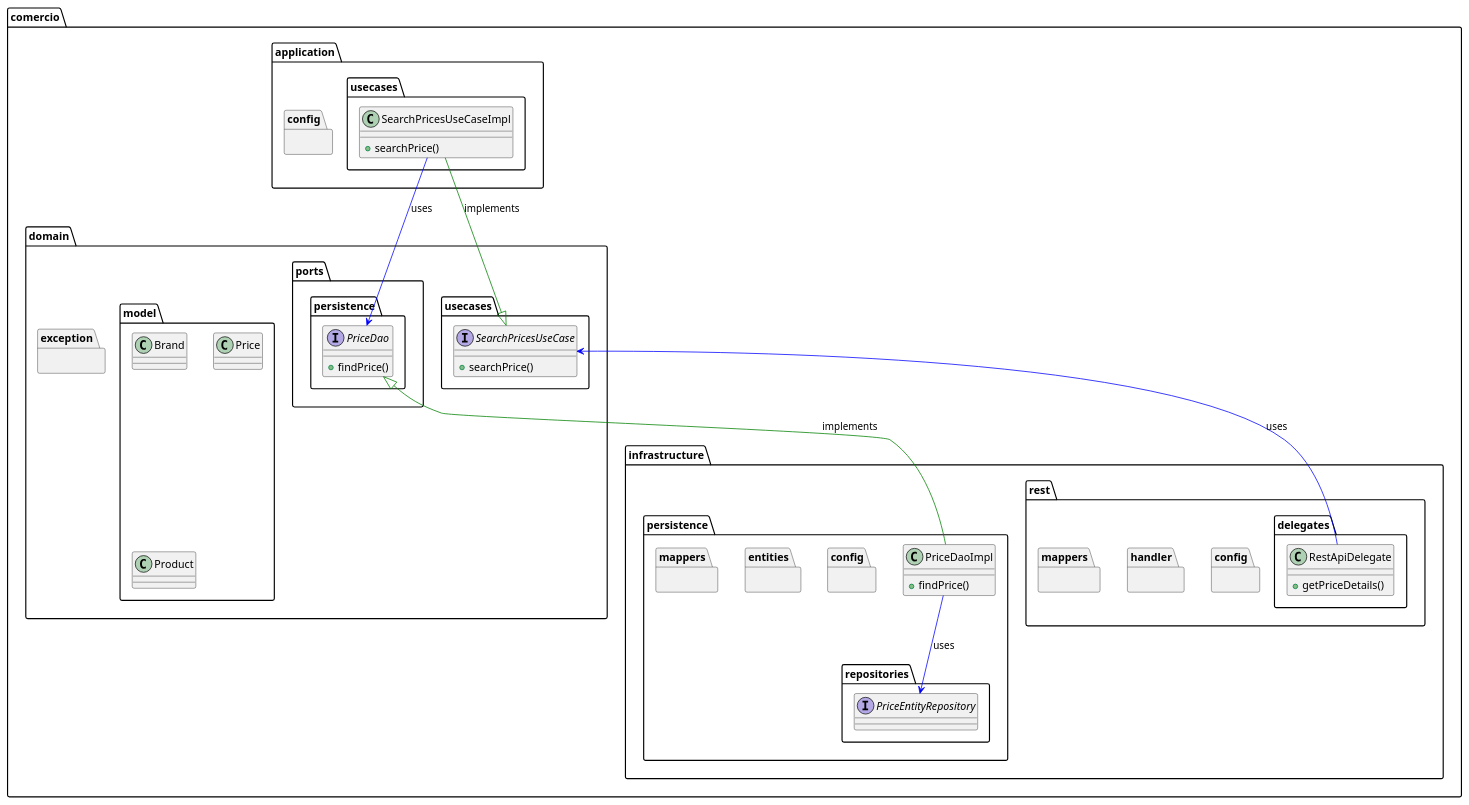
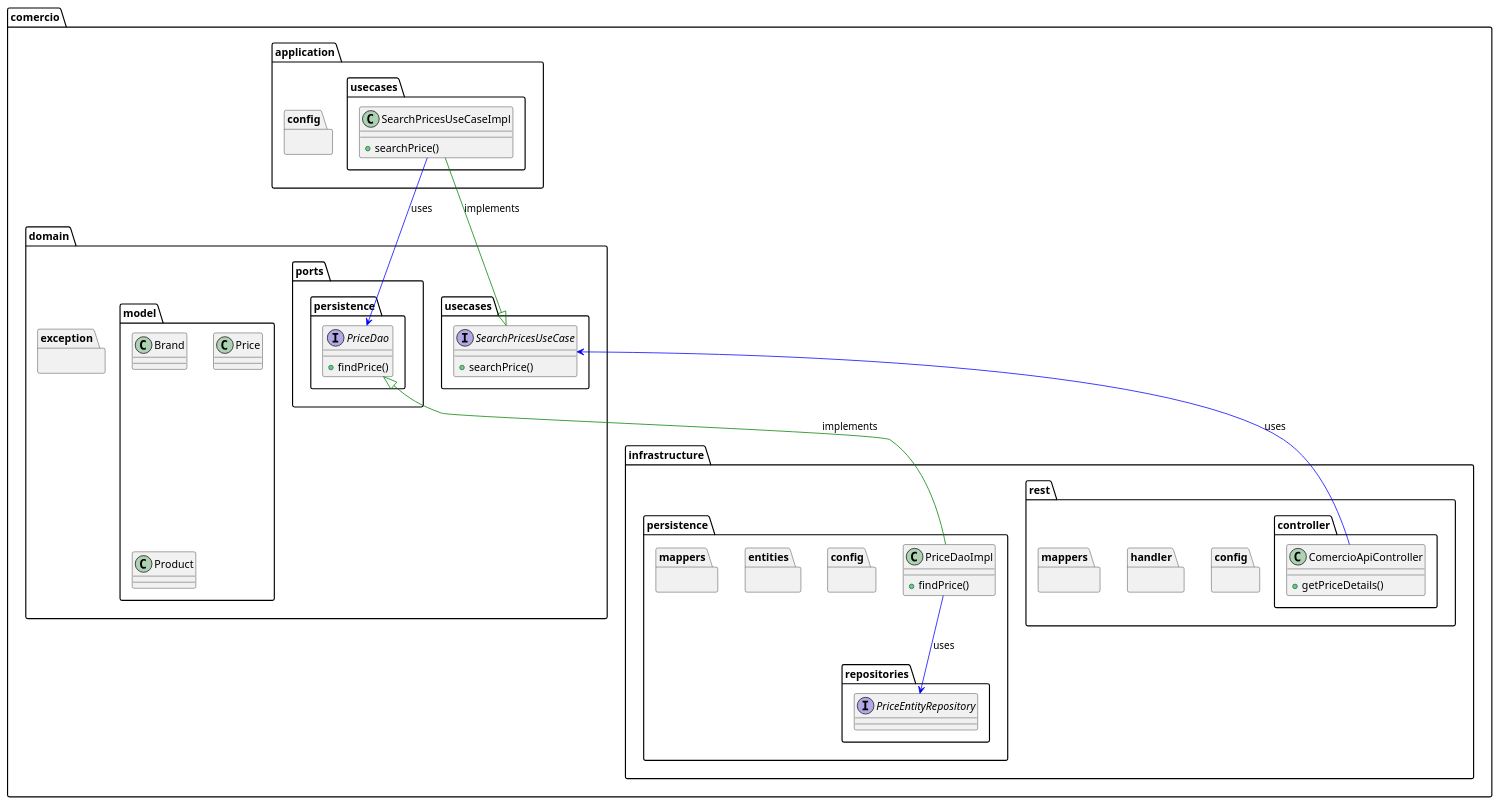
One commit to jmroldanv/comercio changed the diagram in plantuml/diagrama-clases.puml. Above: the diagram before and after it, drawn with PlantUML. The commit also changed 3 other files, not shown here.

Commit message:
diagrama-clases.puml fixed

```diff
--- a/plantuml/diagrama-clases.puml
+++ b/plantuml/diagrama-clases.puml
@@ -1,62 +1,62 @@
 @startuml
 'https://plantuml.com/class-diagram
 
 package "...comercio" {
     package "application" {
         package "config" {}
         package "usecases" {
             class SearchPricesUseCaseImpl {
                 +searchPrice()
             }
         }
     }
     package "domain" {
         package "model" {
             class Brand
             class Price
             class Product
         }
         package "exception" {}
         package "ports.persistence" {
             interface PriceDao {
                 +findPrice()
             }
         }
         package "usecases" {
             interface SearchPricesUseCase {
                 +searchPrice()
             }
         }
     }
     package "infrastructure" {
         package "persistence" {
             package "config" {}
             package "entities" {}
             package "mappers" {}
             class PriceDaoImpl {
                 +findPrice()
             }
             package "repositories" {
                 interface PriceEntityRepository
             }
         }
         package "rest" {
             package "config" {}
-            package "delegates" {
-                class RestApiDelegate {
+            package "controller" {
+                class ComercioApiController {
                     +getPriceDetails()
                 }
             }
             package "handler" {}
             package "mappers" {}
         }
     }
 }
 
 PriceDao <|-[#green]- PriceDaoImpl : implements
 SearchPricesUseCase <|-[#green]- SearchPricesUseCaseImpl : implements
 SearchPricesUseCaseImpl -[#blue]-> PriceDao : uses
-RestApiDelegate -[#blue]-> SearchPricesUseCase : uses
+ComercioApiController -[#blue]-> SearchPricesUseCase : uses
 PriceDaoImpl -[#blue]-> PriceEntityRepository : uses
 
 @enduml
```
